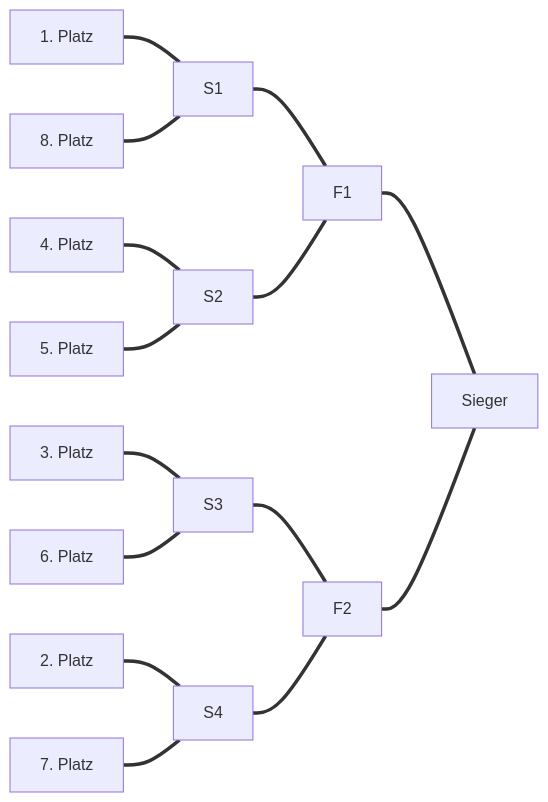
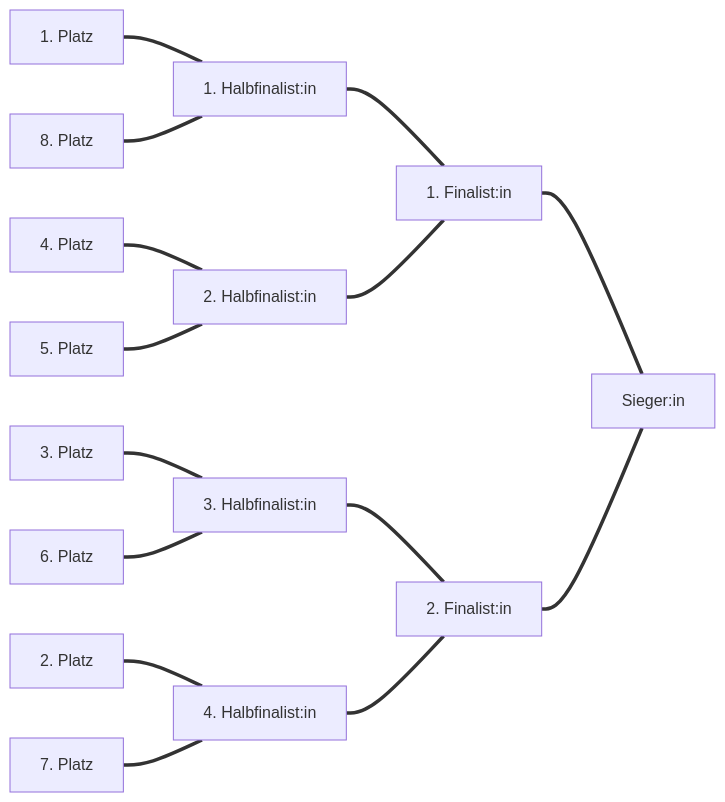
One commit to roborave-de/roborave-de-rules changed the diagram in tournament_score/tournament_score.mermaid. Above: the diagram before and after it, drawn with Mermaid.

Commit message:
Write out note lables

```diff
--- a/tournament_score/tournament_score.mermaid
+++ b/tournament_score/tournament_score.mermaid
@@ -1,15 +1,15 @@
 flowchart LR
-  p1[1. Platz] === s1[S1]
+  p1[1. Platz] === s1[1. Halbfinalist:in]
   p8[8. Platz] === s1
-  p4[4. Platz] === s2[S2]
+  p4[4. Platz] === s2[2. Halbfinalist:in]
   p5[5. Platz] === s2
-  p3[3. Platz] === s3[S3]
+  p3[3. Platz] === s3[3. Halbfinalist:in]
   p6[6. Platz] === s3
-  p2[2. Platz] === s4[S4]
+  p2[2. Platz] === s4[4. Halbfinalist:in]
   p7[7. Platz] === s4
-  s1 === f1[F1]
+  s1 === f1[1. Finalist:in]
   s2 === f1
-  s3 === f2[F2]
+  s3 === f2[2. Finalist:in]
   s4 === f2
-  f1 === w[Sieger]
+  f1 === w[Sieger:in]
   f2 === w
```
